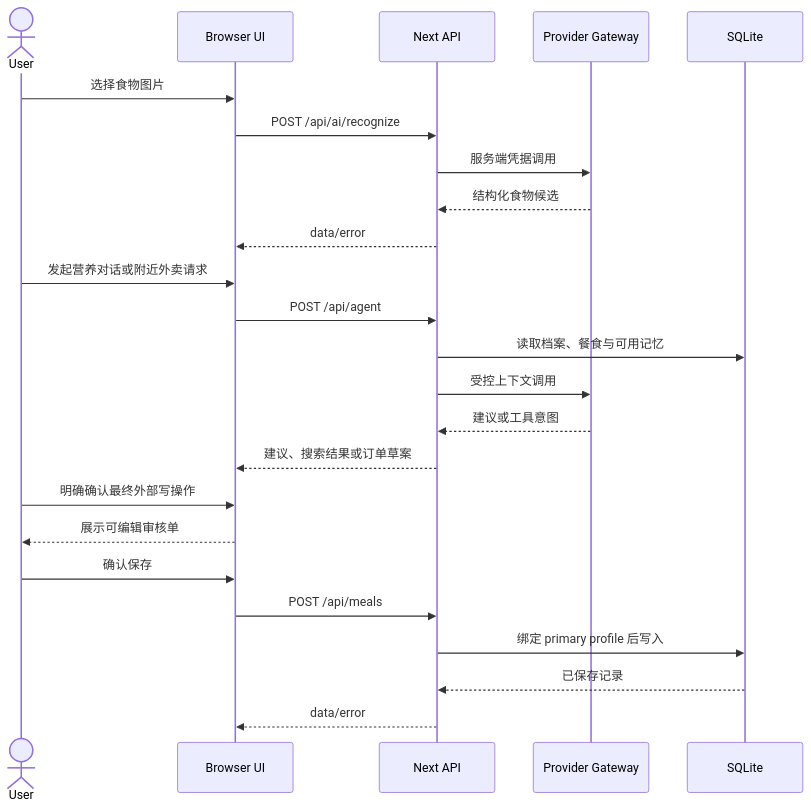
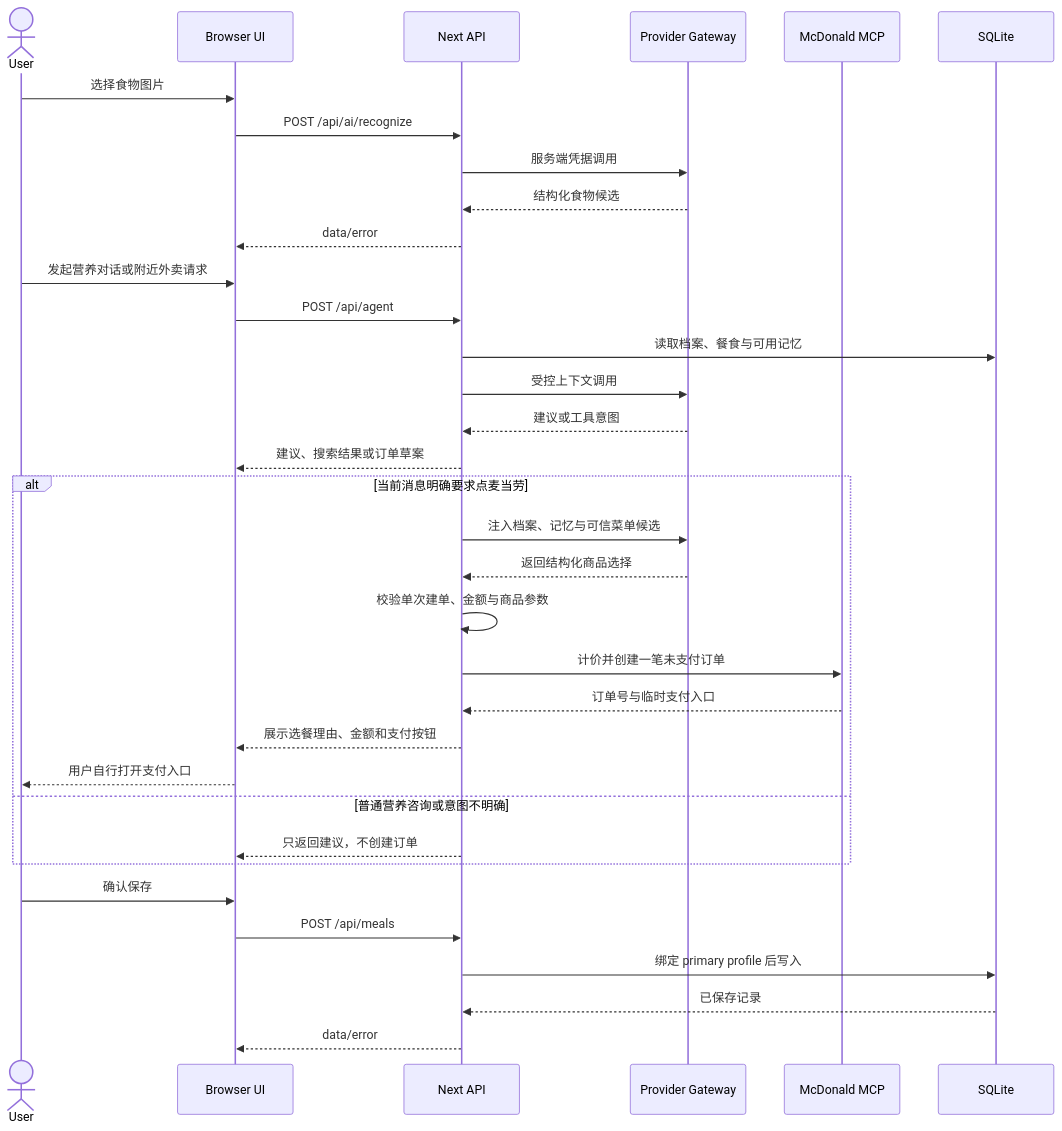
Before and after one commit to lehengzhangJacob/software_train: the diagram in dev_repo/architecture/diagrams/runtime-flow.mmd, drawn with Mermaid. The commit also changed 10 other files, not shown here.

```diff
--- a/dev_repo/architecture/diagrams/runtime-flow.mmd
+++ b/dev_repo/architecture/diagrams/runtime-flow.mmd
@@ -1,24 +1,34 @@
 sequenceDiagram
   actor User
   participant UI as Browser UI
   participant API as Next API
   participant AI as Provider Gateway
+  participant MCP as McDonald MCP
   participant DB as SQLite
   User->>UI: 选择食物图片
   UI->>API: POST /api/ai/recognize
   API->>AI: 服务端凭据调用
   AI-->>API: 结构化食物候选
   API-->>UI: data/error
   User->>UI: 发起营养对话或附近外卖请求
   UI->>API: POST /api/agent
   API->>DB: 读取档案、餐食与可用记忆
   API->>AI: 受控上下文调用
   AI-->>API: 建议或工具意图
   API-->>UI: 建议、搜索结果或订单草案
-  User->>UI: 明确确认最终外部写操作
-  UI-->>User: 展示可编辑审核单
+  alt 当前消息明确要求点麦当劳
+    API->>AI: 注入档案、记忆与可信菜单候选
+    AI-->>API: 返回结构化商品选择
+    API->>API: 校验单次建单、金额与商品参数
+    API->>MCP: 计价并创建一笔未支付订单
+    MCP-->>API: 订单号与临时支付入口
+    API-->>UI: 展示选餐理由、金额和支付按钮
+    UI-->>User: 用户自行打开支付入口
+  else 普通营养咨询或意图不明确
+    API-->>UI: 只返回建议，不创建订单
+  end
   User->>UI: 确认保存
   UI->>API: POST /api/meals
   API->>DB: 绑定 primary profile 后写入
   DB-->>API: 已保存记录
   API-->>UI: data/error
```
